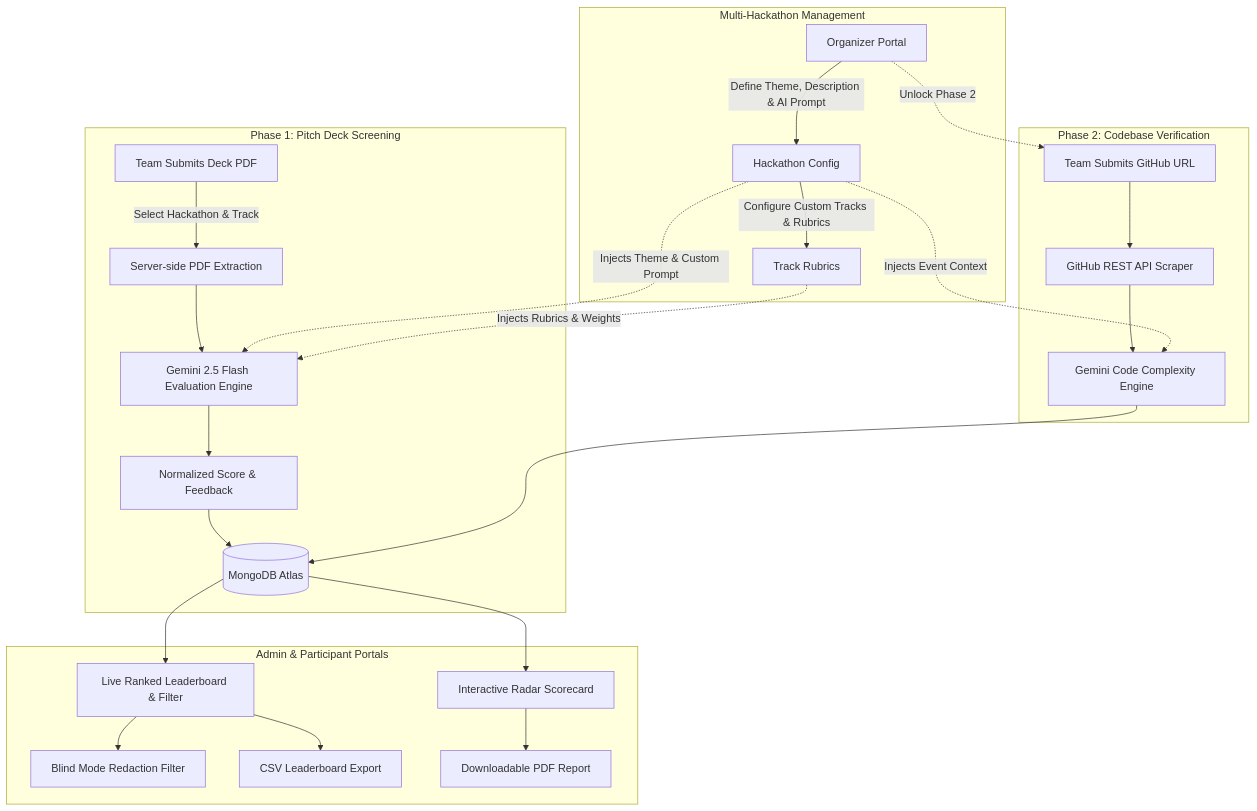
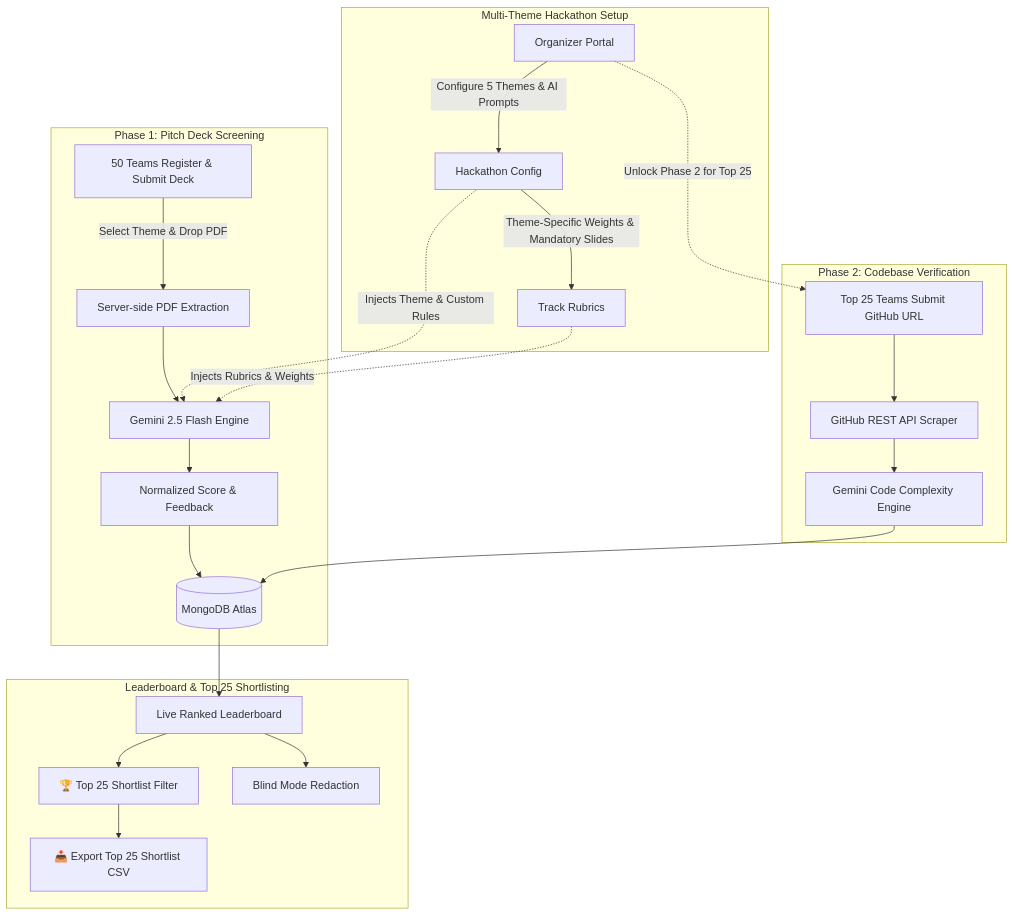
One commit to AnshGour16/Hackathon-ATS changed the diagram in README.md. Above: the diagram before and after it, drawn with Mermaid. The commit also changed other lines of this file, not shown here.

Commit message:
docs: enhance README with multi-theme workflow and top 25 shortlisting pipeline

````diff
--- a/README.md
+++ b/README.md
@@ -71,32 +107,30 @@
 ```mermaid
 flowchart TD
-    subgraph Multi-Hackathon Management
-        O[Organizer Portal] -->|Define Theme, Description & AI Prompt| H[Hackathon Config]
-        H -->|Configure Custom Tracks & Rubrics| TR[Track Rubrics]
+    subgraph Multi-Theme Hackathon Setup
+        O[Organizer Portal] -->|Configure 5 Themes & AI Prompts| H[Hackathon Config]
+        H -->|Theme-Specific Weights & Mandatory Slides| TR[Track Rubrics]
     end
 
     subgraph Phase 1: Pitch Deck Screening
-        T[Team Submits Deck PDF] -->|Select Hackathon & Track| B[Server-side PDF Extraction]
-        B --> D[Gemini 2.5 Flash Evaluation Engine]
-        H -.->|Injects Theme & Custom Prompt| D
+        T[50 Teams Register & Submit Deck] -->|Select Theme & Drop PDF| B[Server-side PDF Extraction]
+        B --> D[Gemini 2.5 Flash Engine]
+        H -.->|Injects Theme & Custom Rules| D
         TR -.->|Injects Rubrics & Weights| D
         D --> E[Normalized Score & Feedback]
         E --> DB[(MongoDB Atlas)]
     end
 
+    subgraph Leaderboard & Top 25 Shortlisting
+        DB --> L[Live Ranked Leaderboard]
+        L --> SL[🏆 Top 25 Shortlist Filter]
+        L --> BL[Blind Mode Redaction]
+        SL --> EXP[📥 Export Top 25 Shortlist CSV]
+    end
+
     subgraph Phase 2: Codebase Verification
-        O -.->|Unlock Phase 2| GH_SUB[Team Submits GitHub URL]
+        O -.->|Unlock Phase 2 for Top 25| GH_SUB[Top 25 Teams Submit GitHub URL]
         GH_SUB --> GH_API[GitHub REST API Scraper]
         GH_API --> GH_EVA[Gemini Code Complexity Engine]
-        H -.->|Injects Event Context| GH_EVA
         GH_EVA --> DB
     end
-
-    subgraph Admin & Participant Portals
-        DB --> L[Live Ranked Leaderboard & Filter]
-        L --> M[Blind Mode Redaction Filter]
-        L --> N[CSV Leaderboard Export]
-        DB --> SC[Interactive Radar Scorecard]
-        SC --> PDF[Downloadable PDF Report]
-    end
 ```
````
